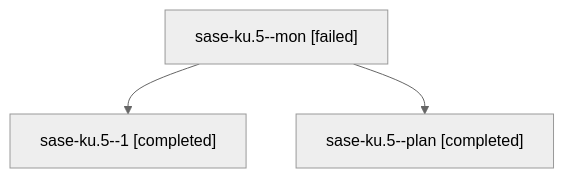
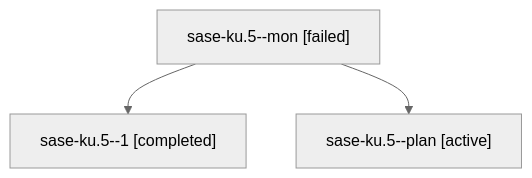
One commit to sase-org/sase--agents changed the diagram in families/bbugyi200.athena.sase-ku.5.md. Above: the diagram before and after it, drawn with Mermaid (neutral theme). The commit also changed other lines of this file and 35830 other files, not shown here.

````diff
--- a/families/bbugyi200.athena.sase-ku.5.md
+++ b/families/bbugyi200.athena.sase-ku.5.md
@@ -9,8 +9,8 @@
 ```mermaid
 flowchart TD
   n0["sase-ku.5--mon [failed]"]
   n1["sase-ku.5--1 [completed]"]
   n0 --> n1
-  n2["sase-ku.5--plan [completed]"]
+  n2["sase-ku.5--plan [active]"]
   n0 --> n2
 ```
````
